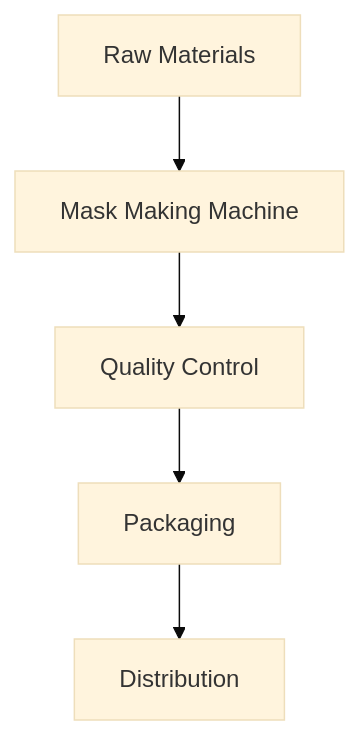
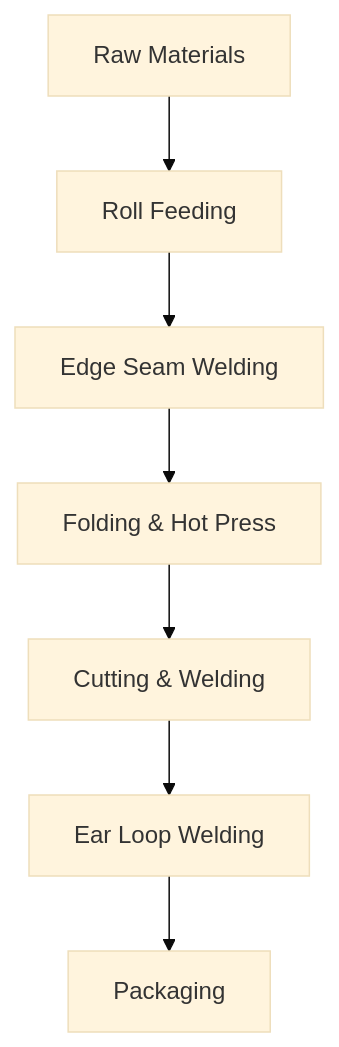
Before and after one commit to arindampradhan/pmegpeportal-programme: the third of 15 diagrams in docs/0001_3PlyMask/Deep-Research.md, drawn with Mermaid (base theme). The commit also changed other lines of this file and 2 other files, not shown here.

First line of the commit message:
Enhance Surgical 3 Ply Mask Deep Research Report and Automation Script

````diff
--- a/docs/0001_3PlyMask/Deep-Research.md
+++ b/docs/0001_3PlyMask/Deep-Research.md
@@ -138,7 +138,9 @@
 ```mermaid
 graph TD
-    A[Raw Materials] --> B[Mask Making Machine]
-    B --> C[Quality Control]
-    C --> D[Packaging]
-    D --> E[Distribution]
+    A[Raw Materials] --> B[Roll Feeding]
+    B --> C[Edge Seam Welding]
+    C --> D[Folding & Hot Press]
+    D --> E[Cutting & Welding]
+    E --> F[Ear Loop Welding]
+    F --> G[Packaging]
 ```
````
